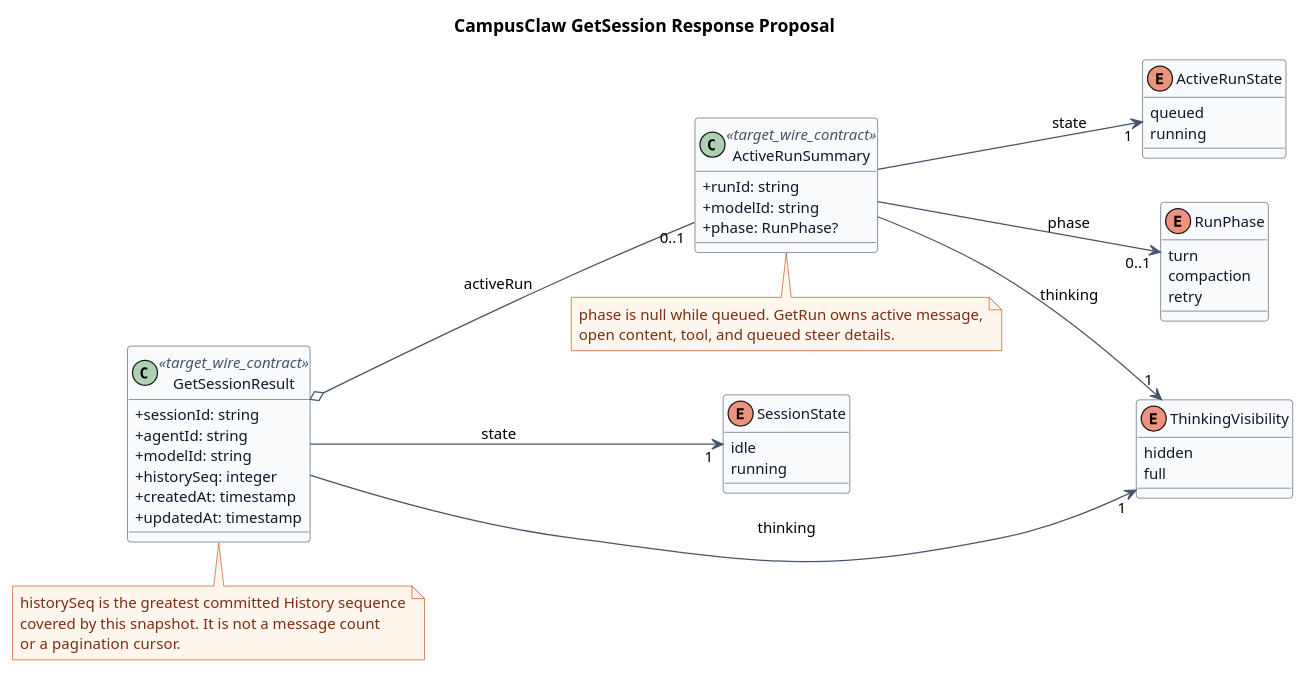
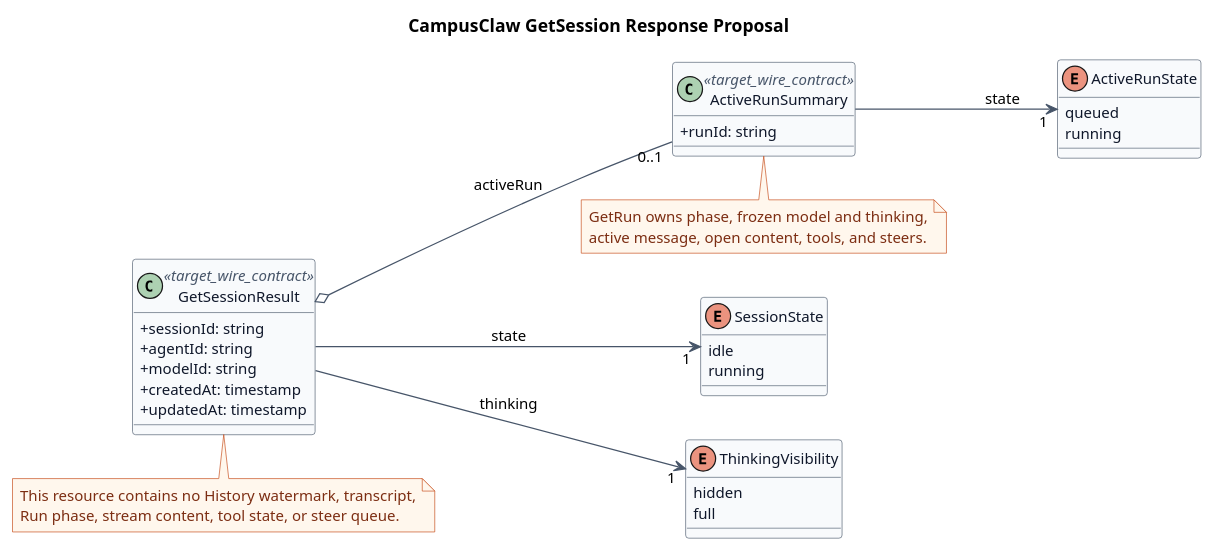
One commit to ssm0808/pi-mono-java-design changed diagram 13 of 13 in pi-mono-java-manager-driven-multi-agent-runtime/diagram.puml. Above: the diagram before and after it, drawn with PlantUML. The commit also changed 3 other files, not shown here.

Commit message:
docs(api): narrow GetSession contract

```diff
--- a/pi-mono-java-manager-driven-multi-agent-runtime/diagram.puml
+++ b/pi-mono-java-manager-driven-multi-agent-runtime/diagram.puml
@@ -1225,94 +1225,86 @@
 @startuml http_get_session_response
 title CampusClaw GetSession Response Proposal
 
 ' Source evidence (pi-mono 086c32e74530564922d011ade23ff582c9d63116):
 ' packages/protocol/src/schemas.ts, ThinkingLevelSchema, lines 26-35
 ' packages/protocol/src/schemas.ts, SessionPhaseSchema, lines 38-45
 ' packages/protocol/src/schemas.ts, SessionSnapshotSchema, lines 241-258
+' Source evidence (anthropic-sdk-typescript 64a1e8e285bbcc4cef2b15ebcadccd8e5f6987ff):
+' src/resources/beta/sessions/sessions.ts, Session, lines 638-710
 ' Source evidence (CampusClaw design repository):
 ' pi-mono-java-manager-driven-multi-agent-runtime/chat-ws-v2.asyncapi.yaml,
 ' ThinkingLevel schema near baseline line 1602
 ' Observed behavior: pi exposes phase, reasoning effort, transcript, attached, and locked
 ' in its protocol snapshot.
+' Observed behavior: Anthropic exposes a control-plane Session resource without transcript
+' or an active Run recovery snapshot.
 ' Product constraint: the confirmed CampusClaw thinking field is disclosure visibility.
-' Architecture change: GetSession separates Session state from active Run phase and uses
-' historySeq as the committed History watermark.
-' Design reason: unbounded transcript and active streaming details are read from History
-' and GetRun instead of being embedded in GetSession.
+' Architecture change: GetSession exposes current configuration, coarse state, and only
+' an active Run pointer. History owns historySeq; GetRun owns phase and recovery details.
+' Design reason: keep the Session control resource bounded and avoid duplicating data
+' from History, GetRun, and Run Event APIs.
 ' Target-only design: these wire-contract types are not existing pi-mono-java classes.
 
 left to right direction
 skinparam backgroundColor #FFFFFF
 skinparam shadowing false
 skinparam defaultFontName Arial
 skinparam defaultFontSize 12
 skinparam classAttributeIconSize 0
 skinparam class {
   BackgroundColor #F8FAFC
   BorderColor #475569
   ArrowColor #475569
   FontColor #0F172A
   AttributeFontColor #0F172A
   StereotypeFontColor #475569
 }
 skinparam note {
   BackgroundColor #FFF7ED
   BorderColor #C2410C
   FontColor #7C2D12
 }
 skinparam ArrowColor #475569
 
 class GetSessionResult <<target_wire_contract>> {
   +sessionId: string
   +agentId: string
   +modelId: string
-  +historySeq: integer
   +createdAt: timestamp
   +updatedAt: timestamp
 }
 
 class ActiveRunSummary <<target_wire_contract>> {
   +runId: string
-  +modelId: string
-  +phase: RunPhase?
 }
 
 enum SessionState {
   idle
   running
 }
 
 enum ActiveRunState {
   queued
   running
 }
 
-enum RunPhase {
-  turn
-  compaction
-  retry
-}
-
 enum ThinkingVisibility {
   hidden
   full
 }
 
 GetSessionResult --> "1" SessionState : state
 GetSessionResult --> "1" ThinkingVisibility : thinking
 GetSessionResult o-- "0..1" ActiveRunSummary : activeRun
 ActiveRunSummary --> "1" ActiveRunState : state
-ActiveRunSummary --> "0..1" RunPhase : phase
-ActiveRunSummary --> "1" ThinkingVisibility : thinking
 
 note bottom of GetSessionResult
-historySeq is the greatest committed History sequence
-covered by this snapshot. It is not a message count
-or a pagination cursor.
+This resource contains no History watermark, transcript,
+Run phase, stream content, tool state, or steer queue.
 end note
 
 note bottom of ActiveRunSummary
-phase is null while queued. GetRun owns active message,
-open content, tool, and queued steer details.
+GetRun owns phase, frozen model and thinking,
+active message, open content, tools, and steers.
 end note
 @enduml
```
